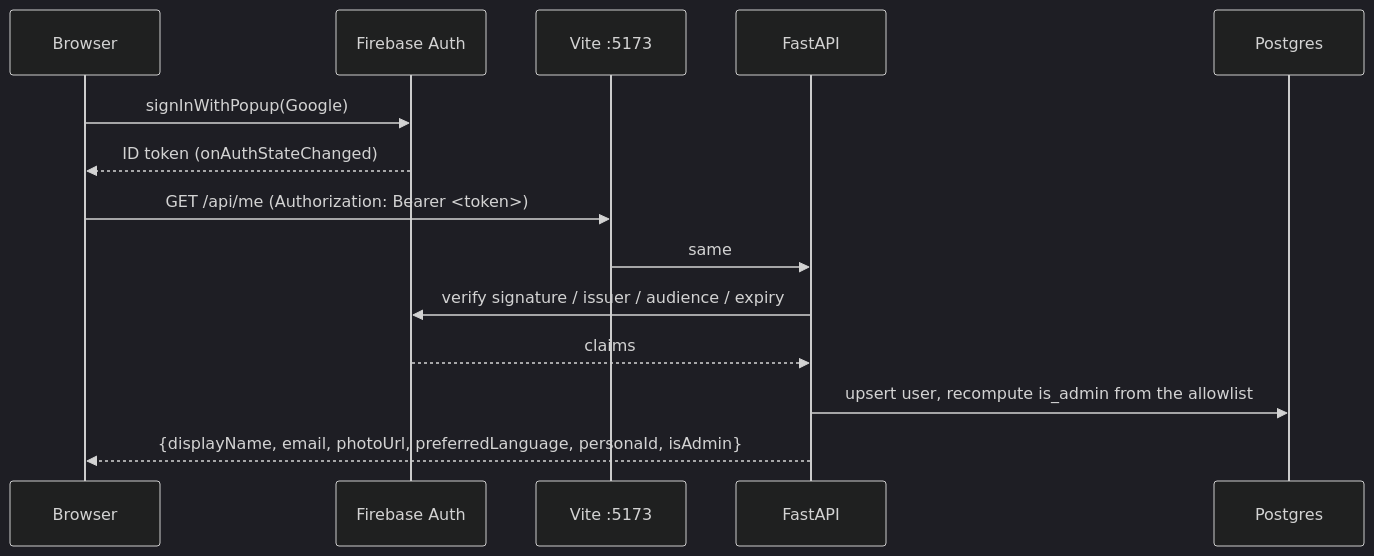
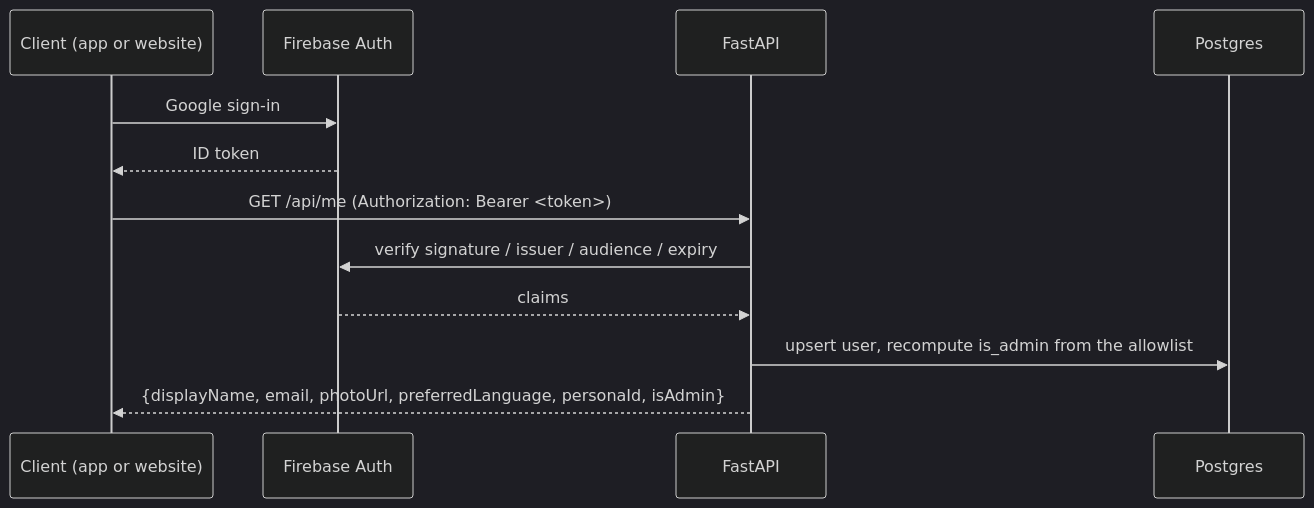
Before and after one commit to arijits16/spashtpaytm: the sixth of 6 diagrams in docs/ARCHITECTURE.md, drawn with Mermaid (dark theme). The commit also changed other lines of this file and 29 other files, not shown here.

````diff
--- a/docs/ARCHITECTURE.md
+++ b/docs/ARCHITECTURE.md
@@ -96,17 +216,15 @@
 ```mermaid
 sequenceDiagram
-  participant B as Browser
+  participant B as Client (app or website)
   participant FB as Firebase Auth
-  participant V as Vite :5173
   participant A as FastAPI
   participant P as Postgres
 
-  B->>FB: signInWithPopup(Google)
-  FB-->>B: ID token (onAuthStateChanged)
-  B->>V: GET /api/me  (Authorization: Bearer <token>)
-  V->>A: same
+  B->>FB: Google sign-in
+  FB-->>B: ID token
+  B->>A: GET /api/me  (Authorization: Bearer <token>)
   A->>FB: verify signature / issuer / audience / expiry
   FB-->>A: claims
   A->>P: upsert user, recompute is_admin from the allowlist
   A-->>B: {displayName, email, photoUrl, preferredLanguage, personaId, isAdmin}
 ```
````
